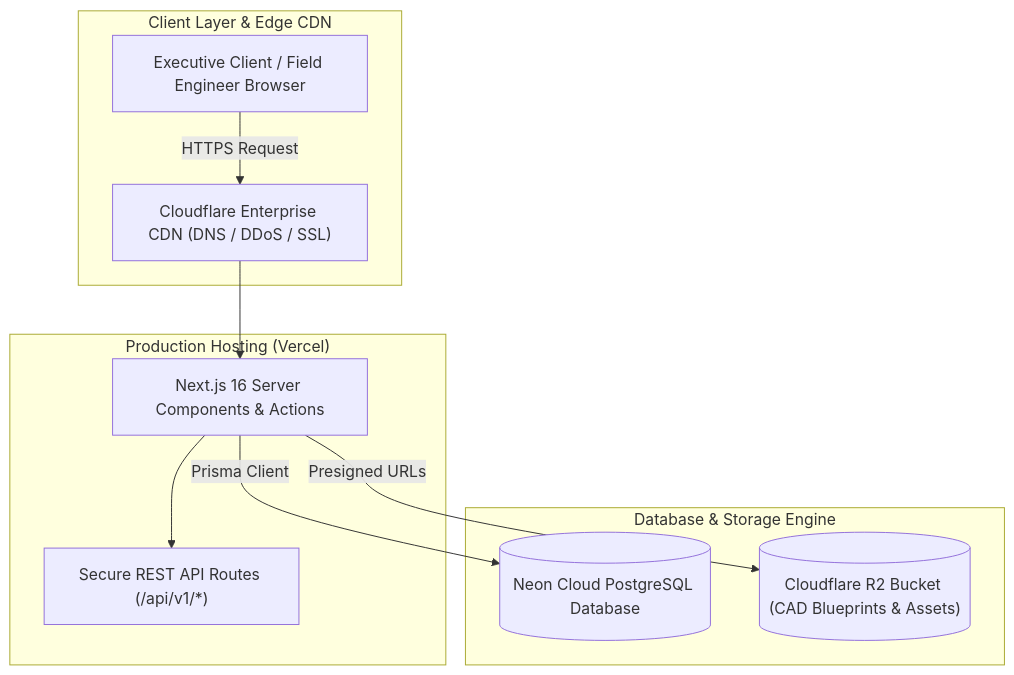
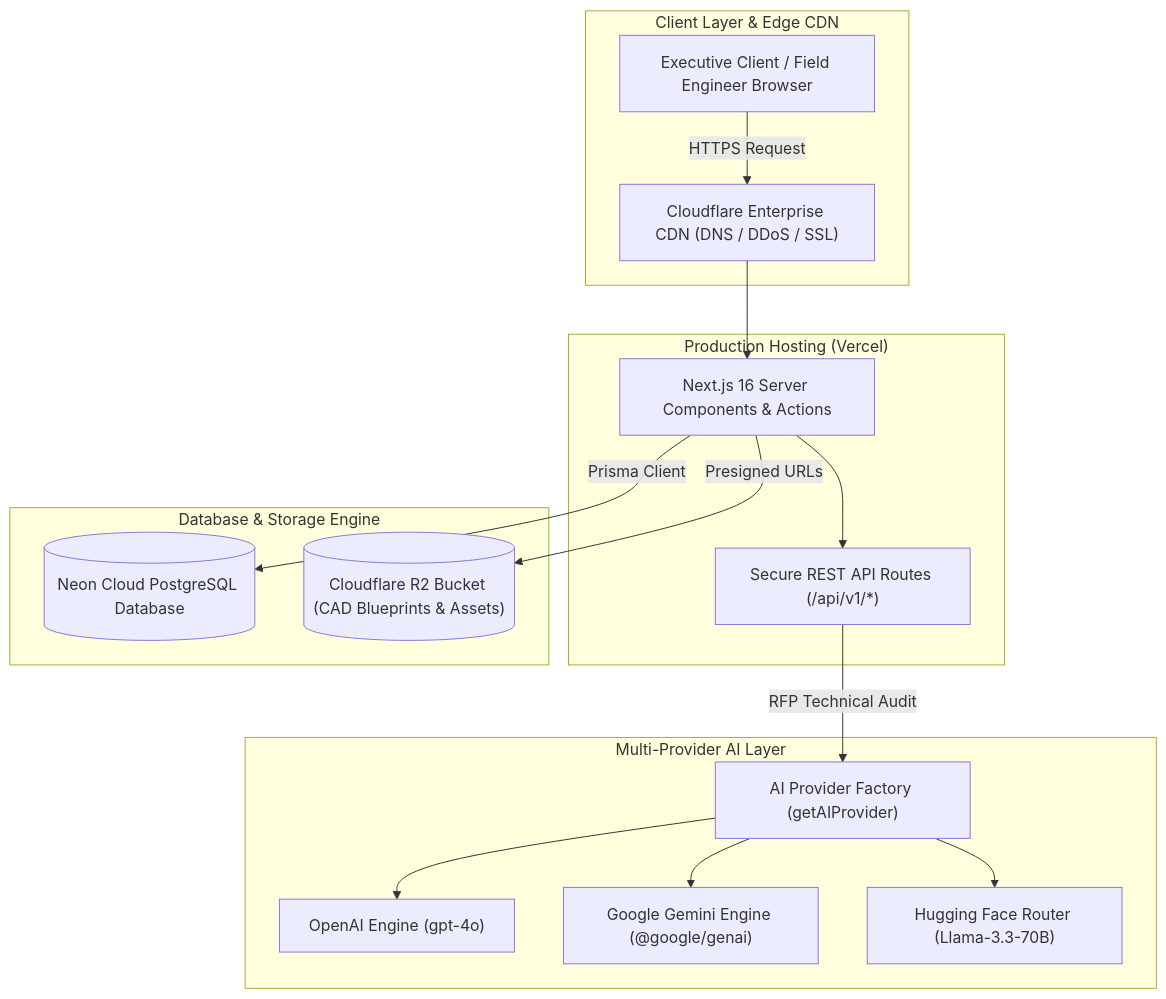
One commit to azwar7/atlasbuild-cms changed the diagram in README.md. Above: the diagram before and after it, drawn with Mermaid. The commit also changed other lines of this file, not shown here.

Commit message:
docs: add AI RFP Analyzer and Multi-Provider AI Architecture to README.md

````diff
--- a/README.md
+++ b/README.md
@@ -45,23 +48,34 @@
 ```mermaid
 flowchart TD
     subgraph ClientLayer ["Client Layer & Edge CDN"]
         Browser["Executive Client / Field Engineer Browser"]
         CloudflareEdge["Cloudflare Enterprise CDN (DNS / DDoS / SSL)"]
     end
 
     subgraph HostingPlatform ["Production Hosting (Vercel)"]
         NextServer["Next.js 16 Server Components & Actions"]
         APIRoutes["Secure REST API Routes (/api/v1/*)"]
     end
 
+    subgraph CentralAIEngine ["Multi-Provider AI Layer"]
+        AIFactory["AI Provider Factory (getAIProvider)"]
+        OpenAIProvider["OpenAI Engine (gpt-4o)"]
+        GeminiProvider["Google Gemini Engine (@google/genai)"]
+        HFProvider["Hugging Face Router (Llama-3.3-70B)"]
+    end
+
     subgraph DataStorage ["Database & Storage Engine"]
         NeonDB[("Neon Cloud PostgreSQL Database")]
         R2Bucket[("Cloudflare R2 Bucket (CAD Blueprints & Assets)")]
     end
 
     Browser -->|HTTPS Request| CloudflareEdge
     CloudflareEdge --> NextServer
     NextServer --> APIRoutes
     NextServer -->|Prisma Client| NeonDB
     NextServer -->|Presigned URLs| R2Bucket
+    APIRoutes -->|RFP Technical Audit| AIFactory
+    AIFactory --> OpenAIProvider
+    AIFactory --> GeminiProvider
+    AIFactory --> HFProvider
 ```
````
